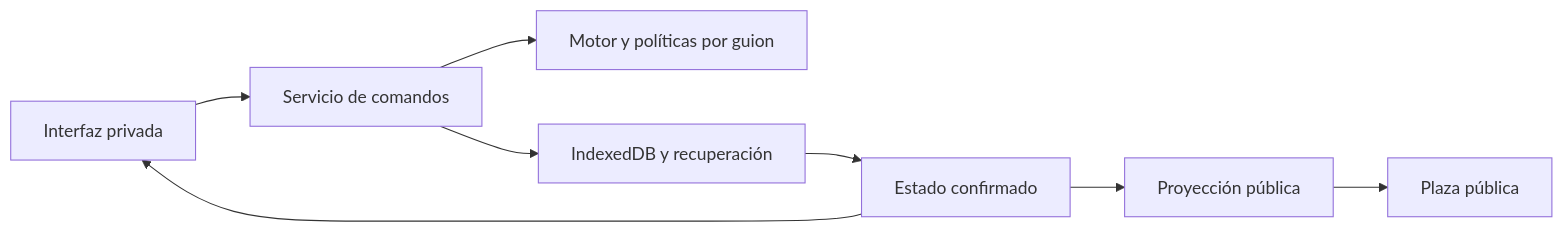
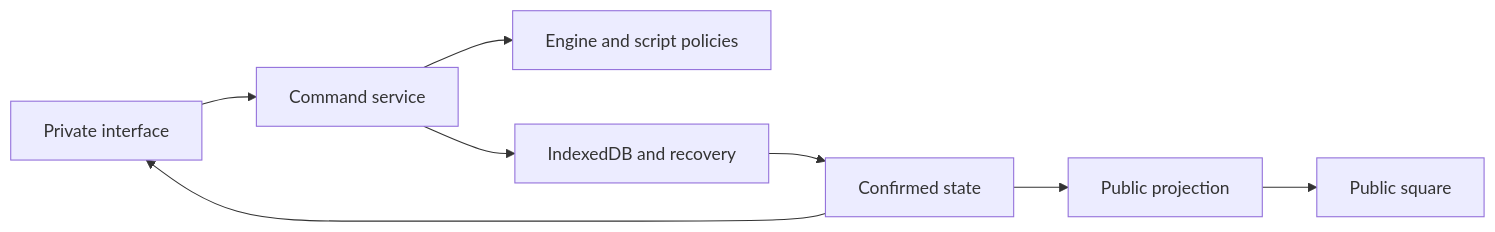
One commit to juanmavillard/grimorio changed the diagram in README.md. Above: the diagram before and after it, drawn with Mermaid. The commit also changed other lines of this file and 13 other files, not shown here.

````diff
--- a/README.md
+++ b/README.md
@@ -35,10 +39,10 @@
 ```mermaid
 flowchart LR
-    UI[Interfaz privada] --> APP[Servicio de comandos]
-    APP --> CORE[Motor y políticas por guion]
-    APP --> STORE[IndexedDB y recuperación]
-    STORE --> STATE[Estado confirmado]
+    UI[Private interface] --> APP[Command service]
+    APP --> CORE[Engine and script policies]
+    APP --> STORE[IndexedDB and recovery]
+    STORE --> STATE[Confirmed state]
     STATE --> UI
-    STATE --> PUBLIC[Proyección pública]
-    PUBLIC --> PLAZA[Plaza pública]
+    STATE --> PUBLIC[Public projection]
+    PUBLIC --> SQUARE[Public square]
 ```
````
